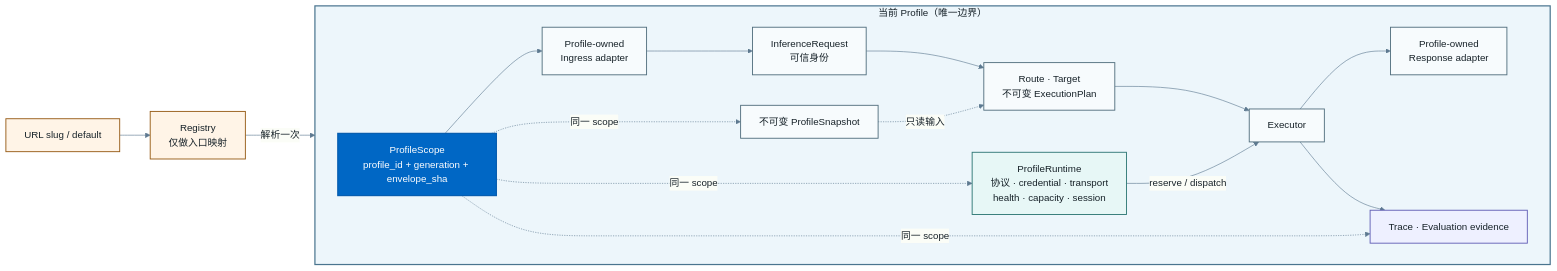
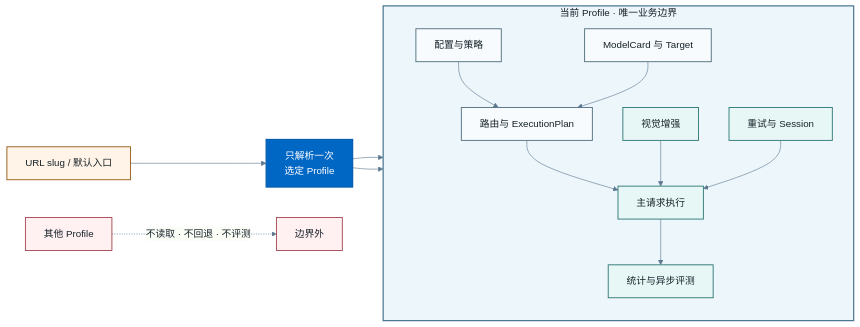
The diagram in docs-site/diagrams/profile-isolation.mmd (Euphie/llm-proxy), drawn with Mermaid before and after one commit. The commit also changed 39 other files, not shown here.

```diff
--- a/docs-site/diagrams/profile-isolation.mmd
+++ b/docs-site/diagrams/profile-isolation.mmd
@@ -1,56 +1,46 @@
 ---
 config:
   theme: base
   themeVariables:
     background: "#f4f9fc"
     fontFamily: "-apple-system, BlinkMacSystemFont, PingFang SC, sans-serif"
     primaryColor: "#f7fbfd"
     primaryTextColor: "#172229"
     primaryBorderColor: "#7ea1b4"
     lineColor: "#5d7990"
     clusterBkg: "#edf6fb"
     clusterBorder: "#7fafcf"
   flowchart:
     curve: basis
     htmlLabels: true
 ---
 flowchart LR
-  accTitle: Profile 隔离与运行时边界
-  accDescr: URL 或默认配置只解析一次 Profile，形成 ProfileScope；入口适配、快照、路由对象、执行、响应和运行时状态始终留在当前 Profile 内。
+  accTitle: Profile 是永久路由边界
+  accDescr: 请求通过 URL 或默认入口选定一个 Profile。之后使用的配置、策略、模型、Target、视觉增强、重试、会话与异步评测全部属于这个 Profile，不能跨 Profile 路由或回退。
 
-  URL["URL slug / default"] --> REG["Registry<br/>仅做入口映射"]
+  ENTRY["URL slug / 默认入口"] --> SELECT["只解析一次<br/>选定 Profile"]
 
-  subgraph PROFILE["当前 Profile（唯一边界）"]
-    direction LR
-    SCOPE["ProfileScope<br/>profile_id + generation + envelope_sha"]
-    INGRESS["Profile-owned<br/>Ingress adapter"]
-    REQUEST["InferenceRequest<br/>可信身份"]
-    ROUTING["Route · Target<br/>不可变 ExecutionPlan"]
-    EXECUTOR["Executor"]
-    RESPONSE["Profile-owned<br/>Response adapter"]
-    SNAPSHOT["不可变 ProfileSnapshot"]
-    RUNTIME["ProfileRuntime<br/>协议 · credential · transport<br/>health · capacity · session"]
-    EVIDENCE["Trace · Evaluation evidence"]
-
-    SCOPE --> INGRESS --> REQUEST --> ROUTING --> EXECUTOR --> RESPONSE
-    SNAPSHOT -.->|"只读输入"| ROUTING
-    RUNTIME -->|"reserve / dispatch"| EXECUTOR
-    EXECUTOR --> EVIDENCE
-    SCOPE -.->|"同一 scope"| SNAPSHOT
-    SCOPE -.->|"同一 scope"| RUNTIME
-    SCOPE -.->|"同一 scope"| EVIDENCE
+  subgraph PROFILE["当前 Profile · 唯一业务边界"]
+    direction TB
+    CONFIG["配置与策略"] --> PLAN["路由与 ExecutionPlan"] --> RUN["主请求执行"]
+    MODELS["ModelCard 与 Target"] --> PLAN
+    VISION["视觉增强"] --> RUN
+    RETRY["重试与 Session"] --> RUN
+    RUN --> EVAL["统计与异步评测"]
   end
 
-  REG -->|"解析一次"| SCOPE
+  SELECT --> CONFIG
+  SELECT --> MODELS
+  OTHER["其他 Profile"] -. "不读取 · 不回退 · 不评测" .-> BLOCK["边界外"]
 
+  classDef entry fill:#fff4e7,color:#172229,stroke:#965b15,stroke-width:1.5px;
   classDef scope fill:#0067c5,color:#ffffff,stroke:#075daf,stroke-width:2px;
   classDef primary fill:#f7fbfd,color:#172229,stroke:#526f7e,stroke-width:1.5px;
   classDef runtime fill:#e7f7f6,color:#172229,stroke:#2d7774,stroke-width:1.5px;
-  classDef evidence fill:#eef0ff,color:#172229,stroke:#625eb5,stroke-width:1.5px;
-  classDef entry fill:#fff4e7,color:#172229,stroke:#965b15,stroke-width:1.5px;
-  class SCOPE scope;
-  class INGRESS,REQUEST,ROUTING,EXECUTOR,RESPONSE,SNAPSHOT primary;
-  class RUNTIME runtime;
-  class EVIDENCE evidence;
-  class URL,REG entry;
+  classDef blocked fill:#fff0f1,color:#172229,stroke:#a34752,stroke-width:1.5px;
+  class ENTRY entry;
+  class SELECT scope;
+  class CONFIG,MODELS,PLAN primary;
+  class VISION,RETRY,RUN,EVAL runtime;
+  class OTHER,BLOCK blocked;
   style PROFILE fill:#edf6fb,stroke:#4a758f,stroke-width:2px,color:#172229
```
